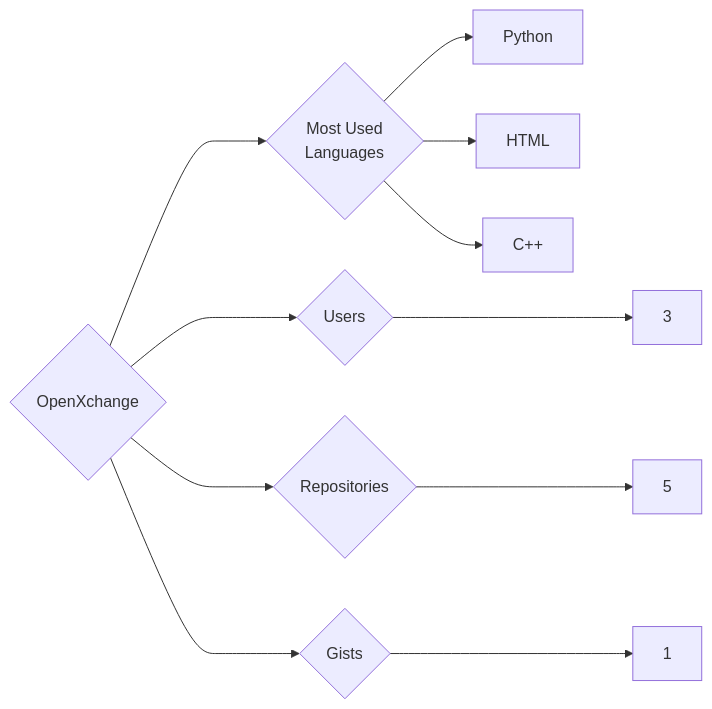
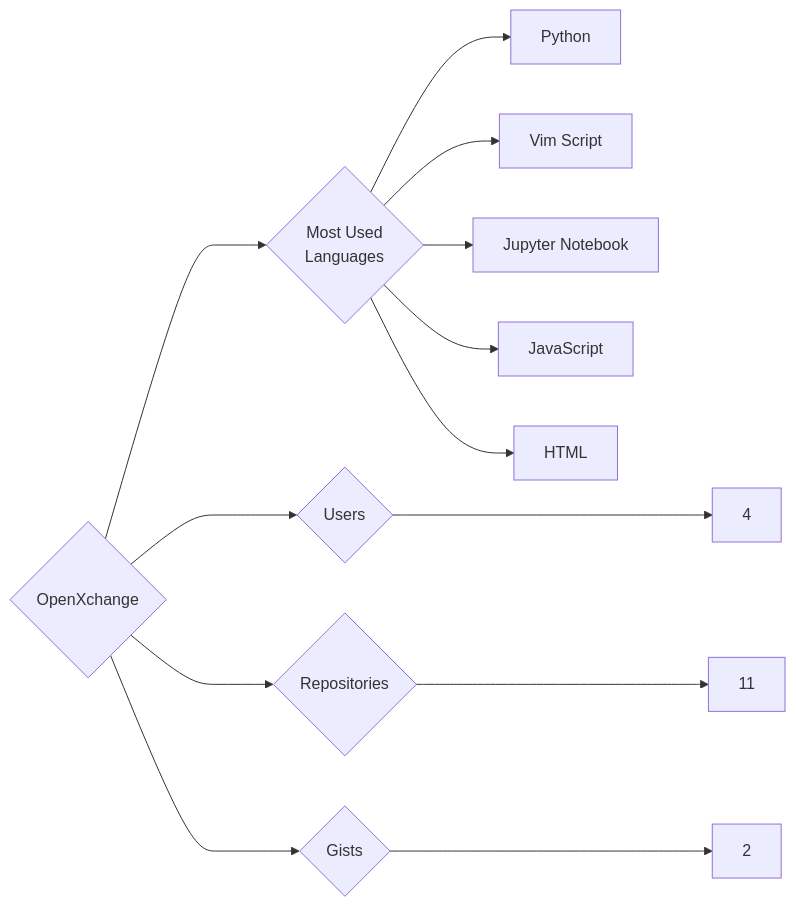
Before and after one commit to trickest/insiders: the diagram in targets/OpenXchange/README.md, drawn with Mermaid. The commit also changed 1496 other files, not shown here.

````diff
--- a/targets/OpenXchange/README.md
+++ b/targets/OpenXchange/README.md
@@ -3,11 +3,13 @@
 ```mermaid
 graph LR
 COMPANY_NAME{OpenXchange}
-COMPANY_NAME ---> U{Users} ---> UN[3]
-COMPANY_NAME ---> R{Repositories} ---> RN[5]
-COMPANY_NAME ---> G{Gists} ---> GN[1]
+COMPANY_NAME ---> U{Users} ---> UN[4]
+COMPANY_NAME ---> R{Repositories} ---> RN[11]
+COMPANY_NAME ---> G{Gists} ---> GN[2]
 COMPANY_NAME ---> ML{Most Used<br>Languages}
 ML --> Python[Python]
+ML --> Vim_Script[Vim Script]
+ML --> Jupyter_Notebook[Jupyter Notebook]
+ML --> JavaScript[JavaScript]
 ML --> HTML[HTML]
-ML --> C++[C++]
 ```
````
